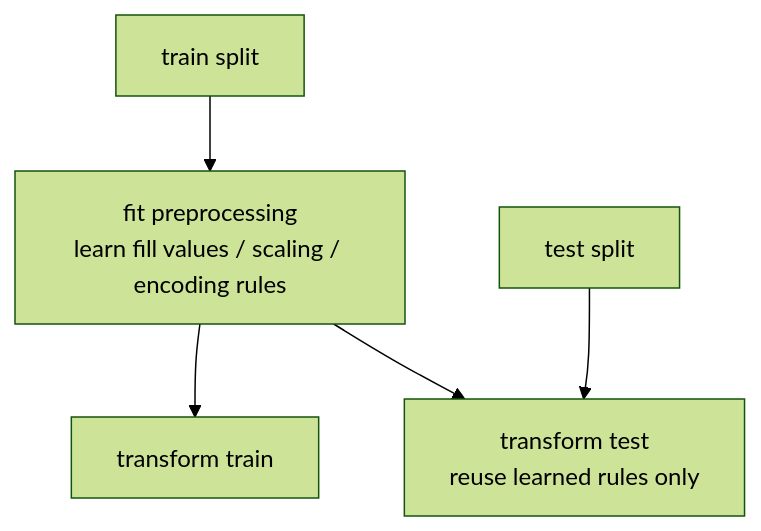
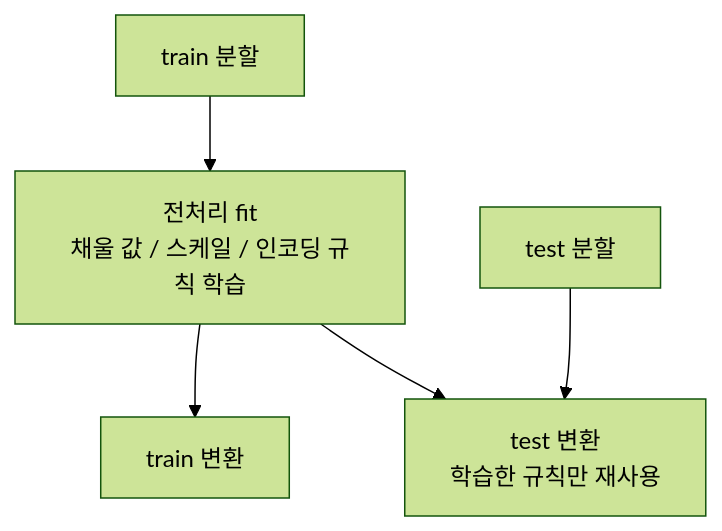
One commit to devchan64/AiBook changed the third of 4 diagrams in docs/parts/part-04/chapter-07/section-02.md. Above: the diagram before and after it, drawn with Mermaid (forest theme). The commit also changed other lines of this file and 138 other files, not shown here.

````diff
--- a/docs/parts/part-04/chapter-07/section-02.md
+++ b/docs/parts/part-04/chapter-07/section-02.md
@@ -617,12 +617,12 @@
 ```mermaid
 flowchart TD
-  A["train split"]
-  B["fit preprocessing<br/>learn fill values / scaling / encoding rules"]
-  C["transform train"]
-  D["test split"]
-  E["transform test<br/>reuse learned rules only"]
+  A["train 분할"]
+  B["전처리 fit<br/>채울 값 / 스케일 / 인코딩 규칙 학습"]
+  C["train 변환"]
+  D["test 분할"]
+  E["test 변환<br/>학습한 규칙만 재사용"]
 
   A --> B --> C
   B --> E
   D --> E
 ```
````
